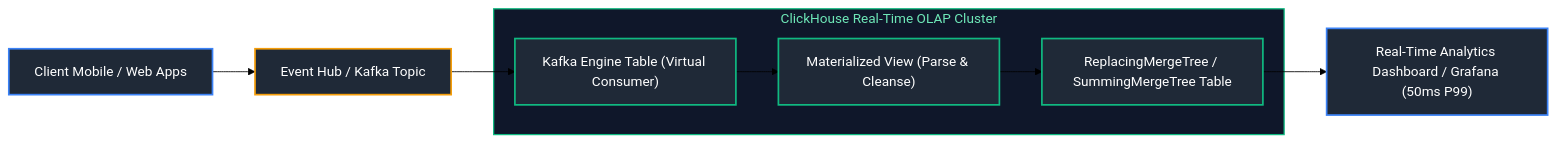
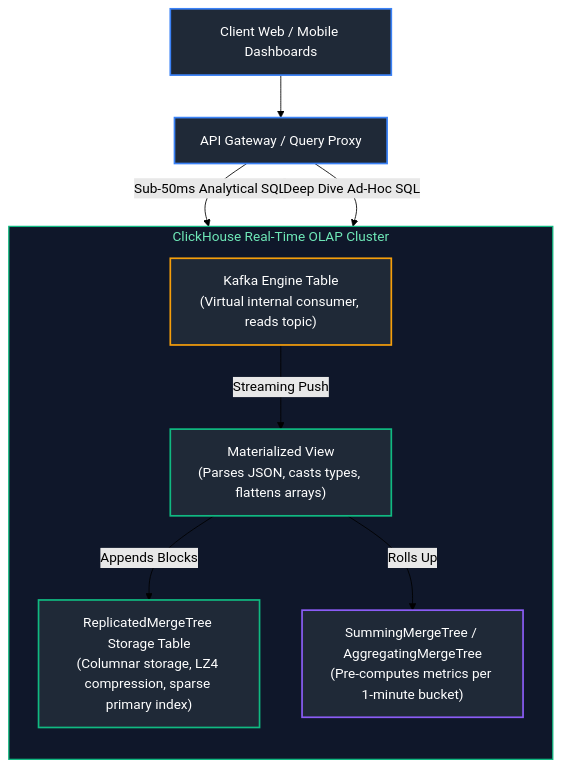
The fifth of 8 diagrams in Data Engineering/15_system_design_for_data_engineering.md (joydeep-biswas/Interview-Preparation), drawn with Mermaid (forest theme) before and after one commit. The commit also changed other lines of this file and 113 other files, not shown here.

````diff
--- a/Data Engineering/15_system_design_for_data_engineering.md
+++ b/Data Engineering/15_system_design_for_data_engineering.md
@@ -175,23 +486,27 @@
 ```mermaid
-flowchart LR
-    AppClients[Client Mobile / Web Apps] --> EventIngress[Event Hub / Kafka Topic]
-    
+flowchart TD
+    AppClients[Client Web / Mobile Dashboards] --> APIEdge[API Gateway / Query Proxy]
+
     subgraph ClickHouseCluster ["ClickHouse Real-Time OLAP Cluster"]
-        KafkaTable["Kafka Engine Table (Virtual Consumer)"]
-        MaterializedView["Materialized View (Parse & Cleanse)"]
-        MergeTree["ReplacingMergeTree / SummingMergeTree Table"]
-        
-        KafkaTable --> MaterializedView --> MergeTree
+        direction TB
+        KafkaTable["Kafka Engine Table<br/>(Virtual internal consumer, reads topic)"]
+        MV["Materialized View<br/>(Parses JSON, casts types, flattens arrays)"]
+        StorageTable["ReplicatedMergeTree Storage Table<br/>(Columnar storage, LZ4 compression, sparse primary index)"]
+        AggView["SummingMergeTree / AggregatingMergeTree<br/>(Pre-computes metrics per 1-minute bucket)"]
+
+        KafkaTable -->|"Streaming Push"| MV
+        MV -->|"Appends Blocks"| StorageTable
+        MV -->|"Rolls Up"| AggView
     end
 
-    EventIngress --> KafkaTable
-    MergeTree --> Dashboard["Real-Time Analytics Dashboard / Grafana (50ms P99)"]
+    APIEdge -->|"Sub-50ms Analytical SQL"| AggView
+    APIEdge -->|"Deep Dive Ad-Hoc SQL"| StorageTable
 
     style ClickHouseCluster fill:#0f172a,stroke:#10b981,stroke-width:1.5px,color:#6ee7b7
     style AppClients fill:#1f2937,stroke:#3b82f6,stroke-width:2px,color:#fff
-    style EventIngress fill:#1f2937,stroke:#f59e0b,stroke-width:2px,color:#fff
-    style KafkaTable fill:#1f2937,stroke:#10b981,stroke-width:2px,color:#fff
-    style MaterializedView fill:#1f2937,stroke:#10b981,stroke-width:2px,color:#fff
-    style MergeTree fill:#1f2937,stroke:#10b981,stroke-width:2px,color:#fff
-    style Dashboard fill:#1f2937,stroke:#3b82f6,stroke-width:2px,color:#fff
+    style APIEdge fill:#1f2937,stroke:#3b82f6,stroke-width:2px,color:#fff
+    style KafkaTable fill:#1f2937,stroke:#f59e0b,stroke-width:2px,color:#fff
+    style MV fill:#1f2937,stroke:#10b981,stroke-width:2px,color:#fff
+    style StorageTable fill:#1f2937,stroke:#10b981,stroke-width:2px,color:#fff
+    style AggView fill:#1f2937,stroke:#8b5cf6,stroke-width:2px,color:#fff
 ```
````
